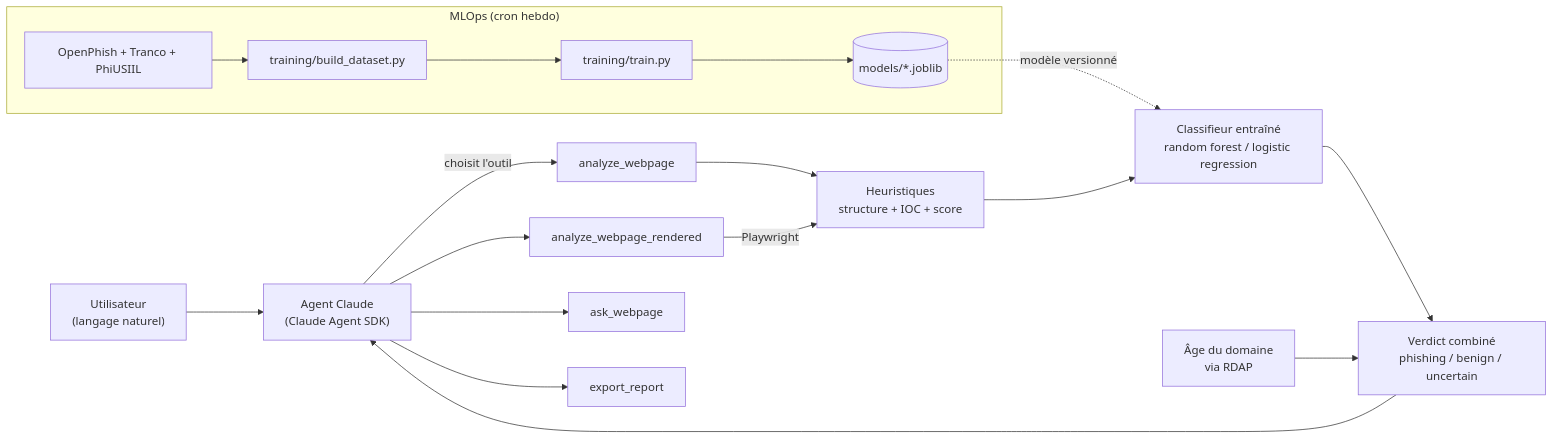
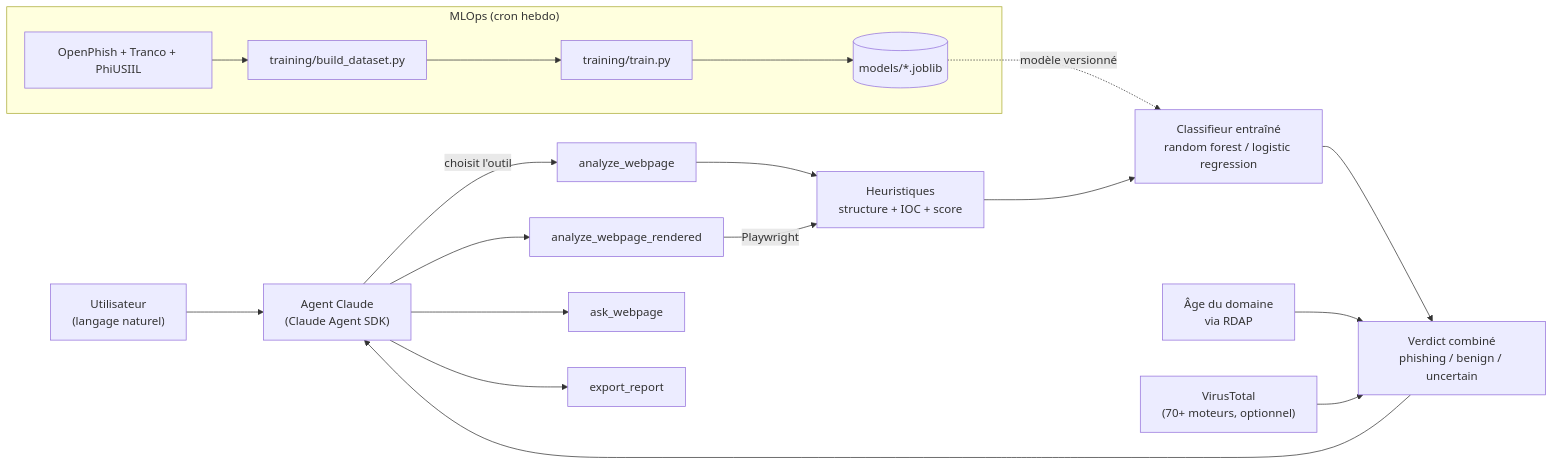
One commit to TatianaT13/websec-triage-agent changed the diagram in readme.md. Above: the diagram before and after it, drawn with Mermaid. The commit also changed other lines of this file and 10 other files, not shown here.

First line of the commit message:
Add VirusTotal as a real-vendor corroborating signal (opt-in)

````diff
--- a/readme.md
+++ b/readme.md
@@ -11,20 +11,21 @@
 ```mermaid
 flowchart LR
     U["Utilisateur\n(langage naturel)"] --> A["Agent Claude\n(Claude Agent SDK)"]
     A -->|choisit l'outil| T1[analyze_webpage]
     A --> T2[analyze_webpage_rendered]
     A --> T3[ask_webpage]
     A --> T4[export_report]
 
     T1 --> H[Heuristiques\nstructure + IOC + score]
     T2 -->|Playwright| H
     H --> ML[Classifieur entraîné\nrandom forest / logistic regression]
     RDAP[Âge du domaine\nvia RDAP] --> V
+    VT["VirusTotal\n(70+ moteurs, optionnel)"] --> V
     ML --> V["Verdict combiné\nphishing / benign / uncertain"]
     V --> A
 
     subgraph MLOPS["MLOps (cron hebdo)"]
         DS[OpenPhish + Tranco + PhiUSIIL] --> TR[training/build_dataset.py] --> TM[training/train.py] --> MOD[(models/*.joblib)]
     end
     MOD -.modèle versionné.-> ML
 ```
````
